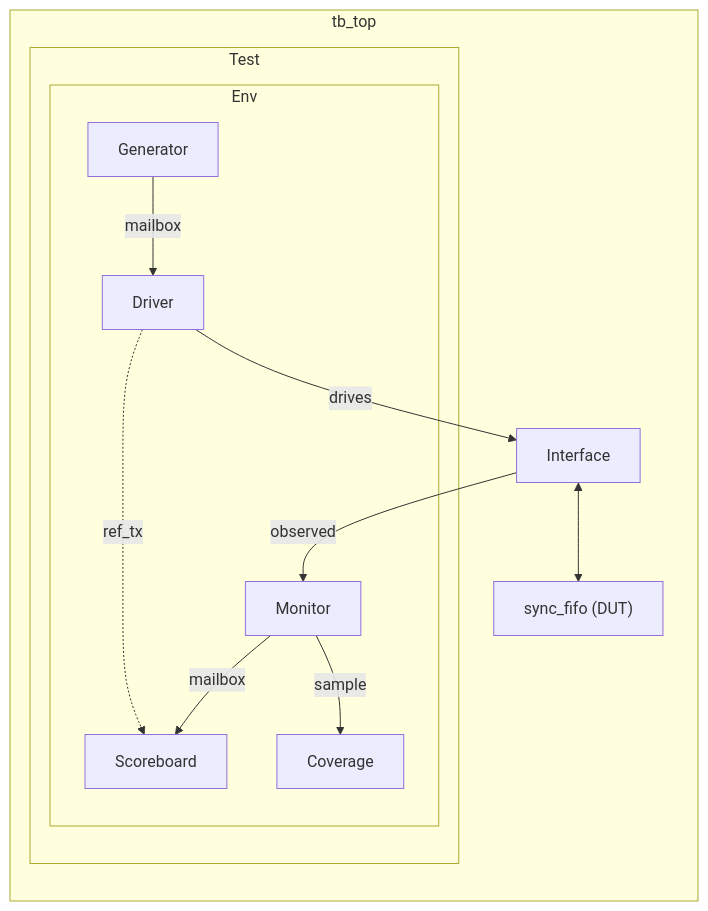
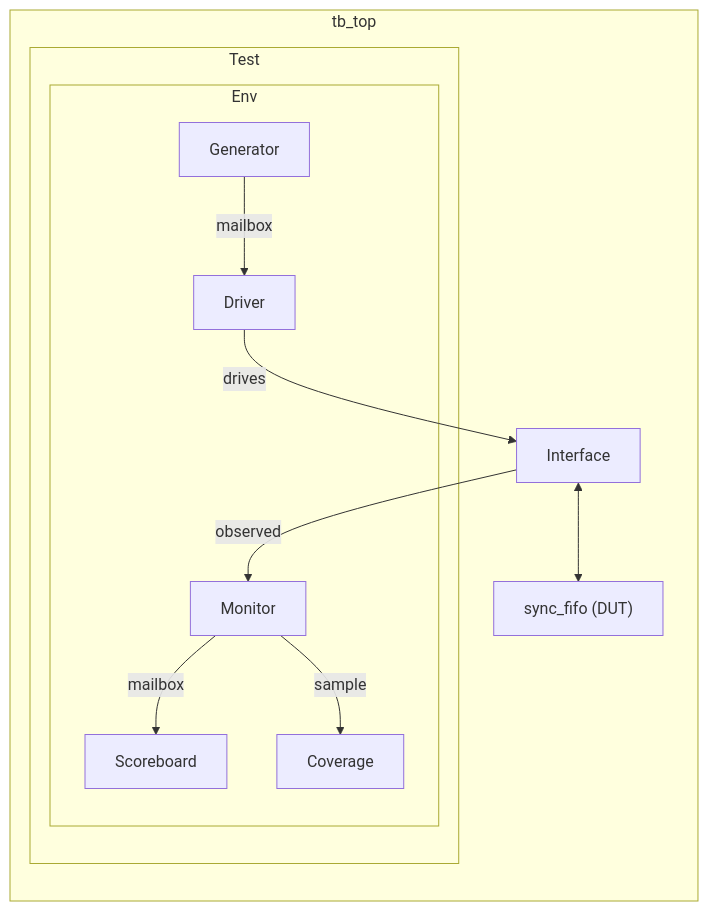
The first of 2 diagrams in README.md (mathew-mundaden/sv-class-based-fifo-tb), drawn with Mermaid before and after one commit. The commit also changed other lines of this file, not shown here.

Commit message:
Fixed error in main diagram.

````diff
--- a/README.md
+++ b/README.md
@@ -3,26 +3,25 @@
 ```mermaid
 flowchart LR
     subgraph Top ["tb_top"]
         subgraph Test ["Test"]
             subgraph Env ["Env"]
                 GEN["Generator"]
                 DRV["Driver"]
                 MON["Monitor"]
                 SCB["Scoreboard"]
                 COV["Coverage"]
 
                 GEN -->|mailbox| DRV
-                DRV -.->|ref_tx| SCB
                 MON -->|mailbox| SCB
                 MON -->|sample| COV
             end
         end
 
         INTF["Interface"]
         DUT["sync_fifo (DUT)"]
 
         DRV -->|drives| INTF
         INTF <--> DUT
         INTF -->|observed| MON
     end
 ```
````
